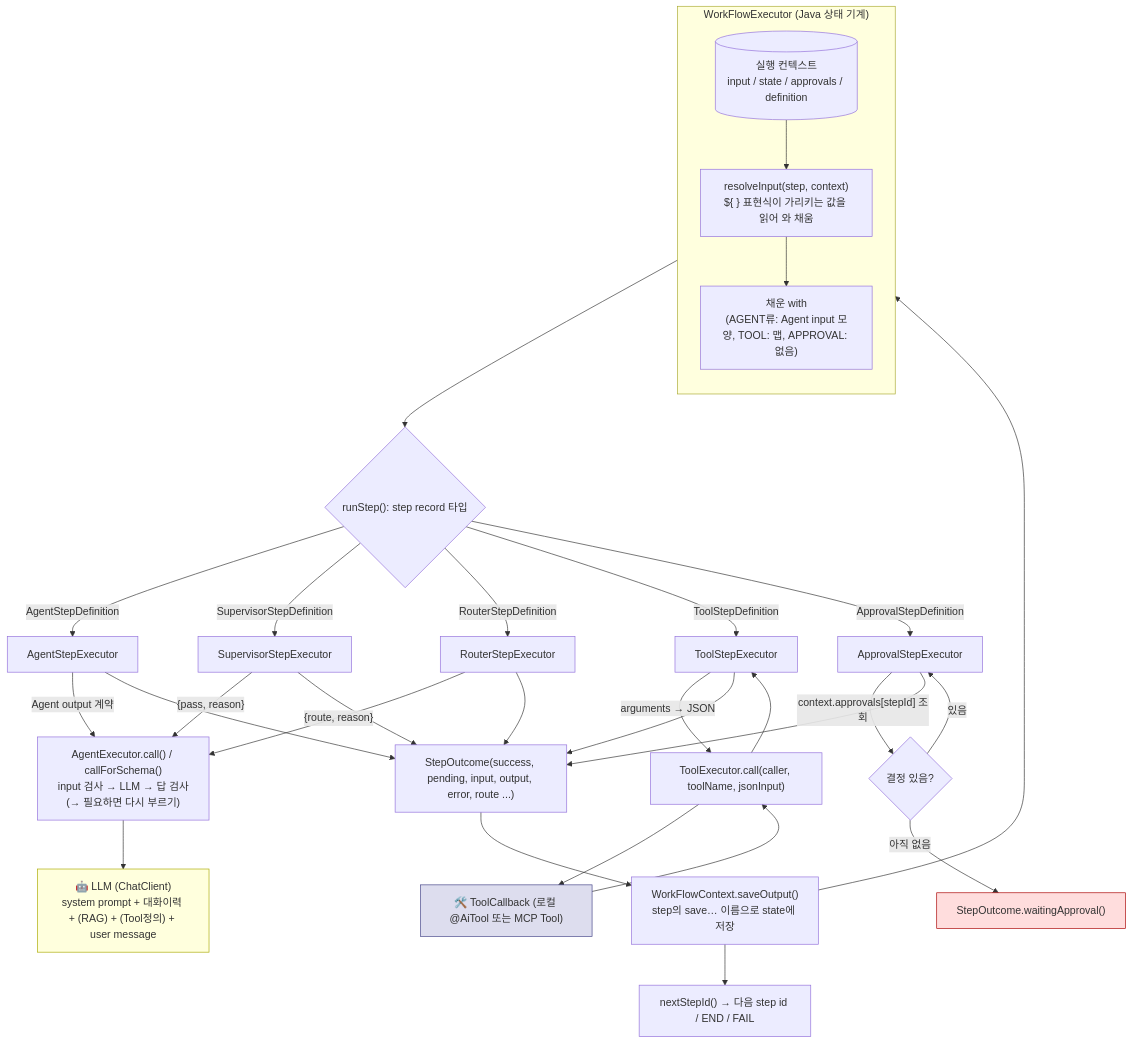
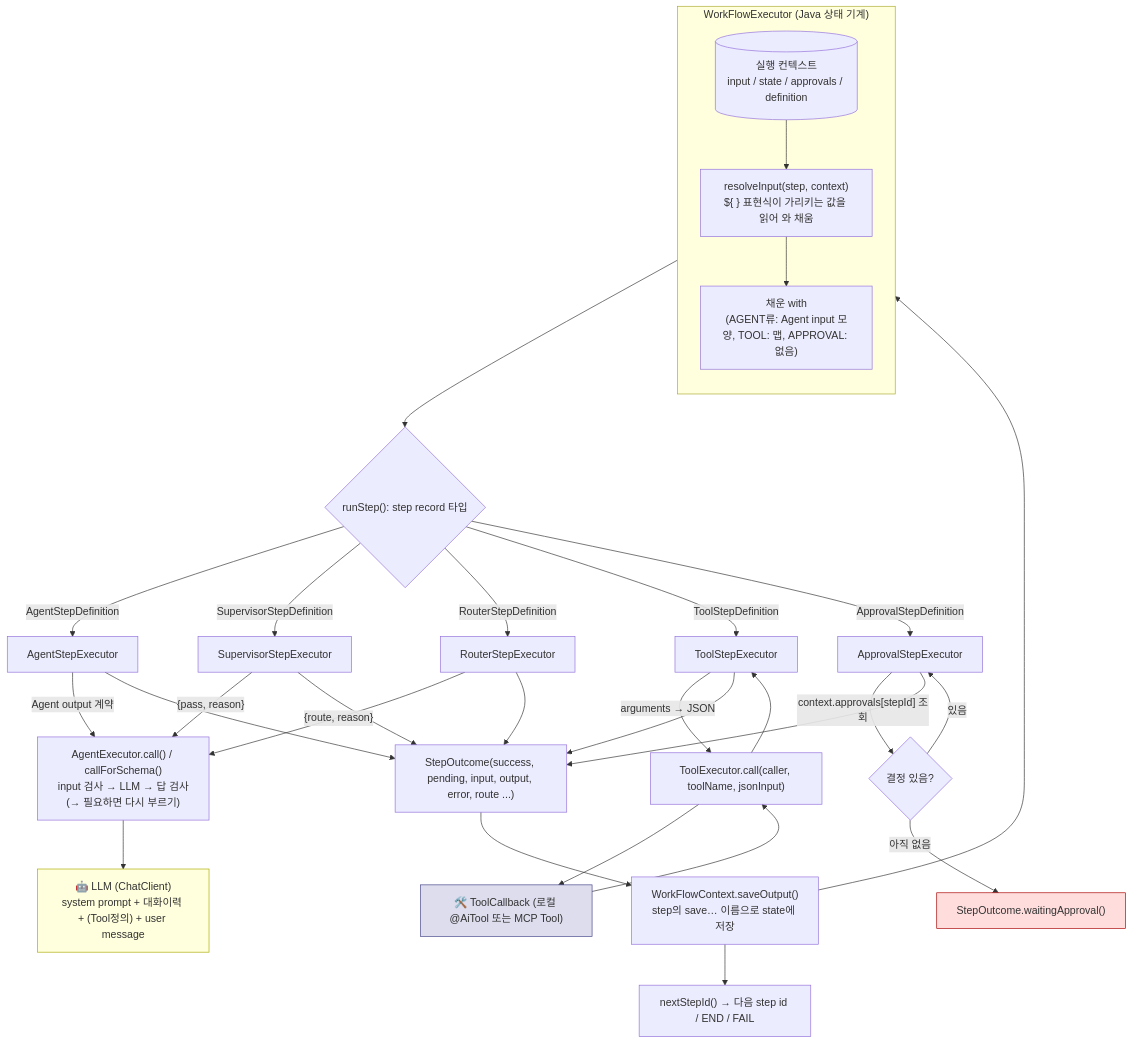
Before and after one commit to YongSoekChoeng/dstone: the fifth of 10 diagrams in docs/09.dstone-ai-engine.md, drawn with Mermaid. The commit also changed other lines of this file and 72 other files, not shown here.

````diff
--- a/docs/09.dstone-ai-engine.md
+++ b/docs/09.dstone-ai-engine.md
@@ -686,44 +685,44 @@
 ```mermaid
 flowchart TD
     subgraph L1["WorkFlowExecutor (Java 상태 기계)"]
         direction TB
         CTX[("실행 컨텍스트\ninput / state / approvals / definition")]
         R["resolveInput(step, context)\n${ } 표현식이 가리키는 값을 읽어 와 채움"]
         SI["채운 with\n(AGENT류: Agent input 모양, TOOL: 맵, APPROVAL: 없음)"]
         CTX --> R --> SI
     end
 
     SI --> DISPATCH{"runStep(): step record 타입"}
     DISPATCH -->|AgentStepDefinition| ASR["AgentStepExecutor"]
     DISPATCH -->|SupervisorStepDefinition| SSR["SupervisorStepExecutor"]
     DISPATCH -->|RouterStepDefinition| RSR["RouterStepExecutor"]
     DISPATCH -->|ToolStepDefinition| TSR["ToolStepExecutor"]
     DISPATCH -->|ApprovalStepDefinition| APR["ApprovalStepExecutor"]
 
     ASR -->|"Agent output 계약"| AE["AgentExecutor.call() / callForSchema()\ninput 검사 → LLM → 답 검사(→ 필요하면 다시 부르기)"]
     SSR -->|"{pass, reason}"| AE
     RSR -->|"{route, reason}"| AE
-    AE --> LLM["🤖 LLM (ChatClient)\nsystem prompt + 대화이력 + (RAG) + (Tool정의) + user message"]
+    AE --> LLM["🤖 LLM (ChatClient)\nsystem prompt + 대화이력 + (Tool정의) + user message"]
 
     TSR -->|"arguments → JSON"| TE["ToolExecutor.call(caller, toolName, jsonInput)"]
     TE --> TOOL["🛠️ ToolCallback (로컬 @AiTool 또는 MCP Tool)"]
     TOOL --> TE --> TSR
 
     APR -->|"context.approvals[stepId] 조회"| DECIDE{"결정 있음?"}
     DECIDE -->|"아직 없음"| PENDING["StepOutcome.waitingApproval()"]
     DECIDE -->|"있음"| APR
 
     ASR --> SO["StepOutcome(success, pending, input, output, error, route ...)"]
     SSR --> SO
     RSR --> SO
     TSR --> SO
     APR --> SO
 
     SO --> REC["WorkFlowContext.saveOutput()\nstep의 save… 이름으로 state에 저장"]
     REC --> CTX
     REC --> NEXT["nextStepId() → 다음 step id / END / FAIL"]
 
     style LLM fill:#ffd,stroke:#aa0
     style TOOL fill:#dde,stroke:#448
     style PENDING fill:#fdd,stroke:#a00
 ```
````
